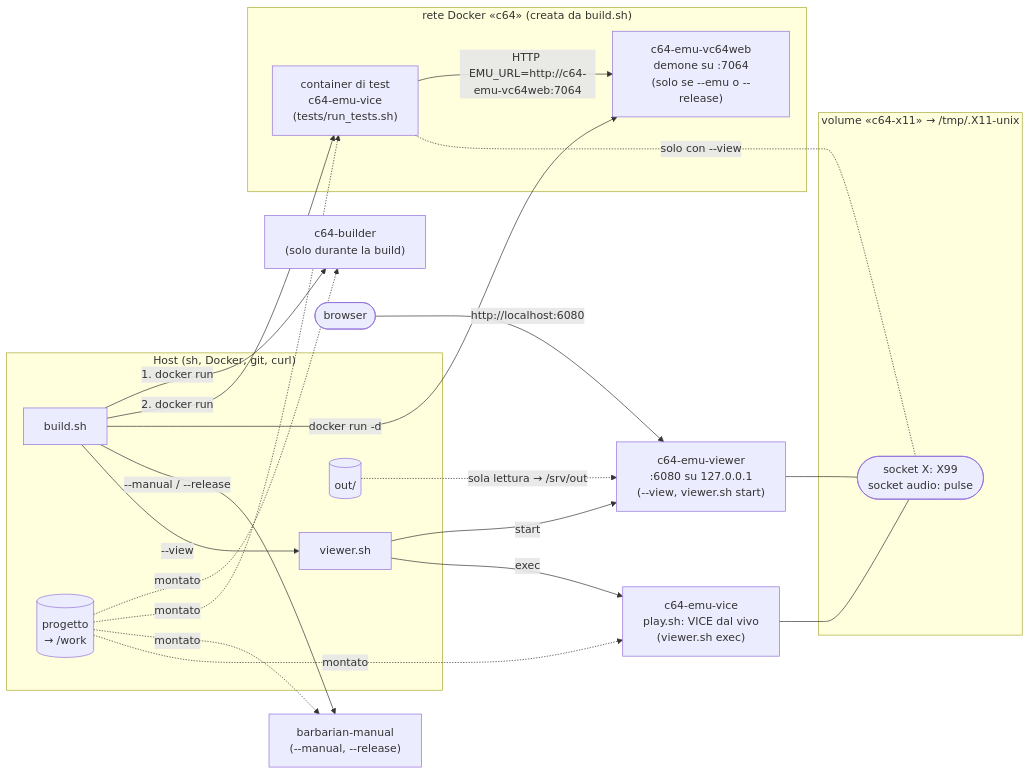
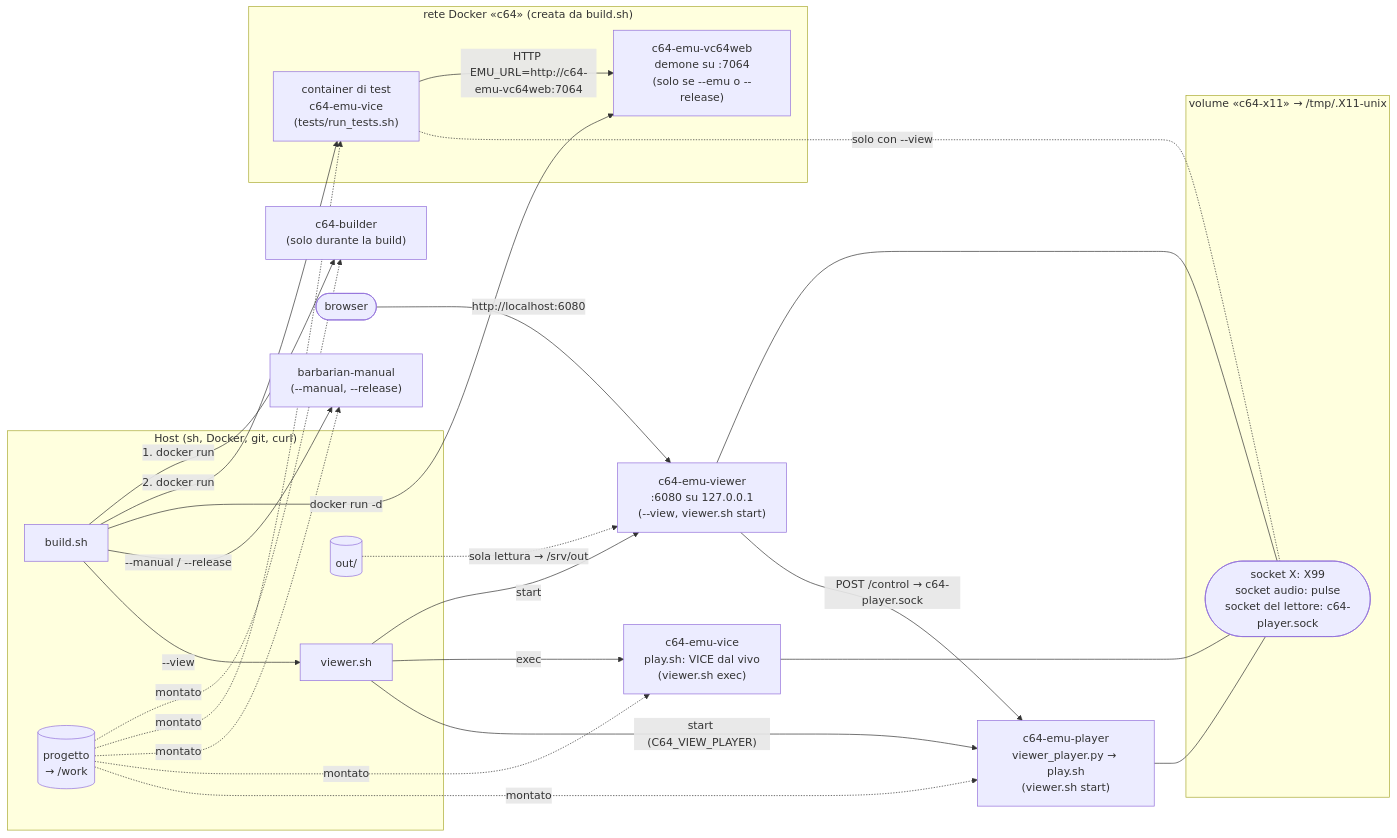
Before and after one commit to caporalesimone/barbarian-the-blood-path: the second of 3 diagrams in docs/docker-architecture.md, drawn with Mermaid. The commit also changed other lines of this file and 19 other files, not shown here.

````diff
--- a/docs/docker-architecture.md
+++ b/docs/docker-architecture.md
@@ -86,46 +88,51 @@
 ```mermaid
 flowchart LR
     subgraph HOST["Host (sh, Docker, git, curl)"]
         BSH["build.sh"]
         VSH["viewer.sh"]
         PROJ[("progetto<br/>→ /work")]
         OUT[("out/")]
     end
 
     subgraph NETC["rete Docker «c64» (creata da build.sh)"]
         TEST["container di test<br/>c64-emu-vice<br/>(tests/run_tests.sh)"]
         VC64["c64-emu-vc64web<br/>demone su :7064<br/>(solo se --emu o --release)"]
     end
 
     BLDC["c64-builder<br/>(solo durante la build)"]
     MANC["barbarian-manual<br/>(--manual, --release)"]
 
     subgraph VOL["volume «c64-x11» → /tmp/.X11-unix"]
-        XSOCK(["socket X: X99<br/>socket audio: pulse"])
+        XSOCK(["socket X: X99<br/>socket audio: pulse<br/>socket del lettore: c64-player.sock"])
     end
 
     VIEW["c64-emu-viewer<br/>:6080 su 127.0.0.1<br/>(--view, viewer.sh start)"]
     PLAY["c64-emu-vice<br/>play.sh: VICE dal vivo<br/>(viewer.sh exec)"]
+    PLR["c64-emu-player<br/>viewer_player.py → play.sh<br/>(viewer.sh start)"]
     BR(["browser"])
 
     BSH -->|"1. docker run"| BLDC
     BSH -->|"2. docker run"| TEST
     BSH -->|"docker run -d"| VC64
     BSH -->|"--manual / --release"| MANC
     BSH -->|"--view"| VSH
     VSH -->|"start"| VIEW
     VSH -->|"exec"| PLAY
+    VSH -->|"start (C64_VIEW_PLAYER)"| PLR
 
     PROJ -. "montato" .-> BLDC
     PROJ -. "montato" .-> TEST
     PROJ -. "montato" .-> MANC
     PROJ -. "montato" .-> PLAY
+    PROJ -. "montato" .-> PLR
     OUT -. "sola lettura → /srv/out" .-> VIEW
 
     TEST -->|"HTTP EMU_URL=http://c64-emu-vc64web:7064"| VC64
 
     VIEW --- XSOCK
     TEST -. "solo con --view" .- XSOCK
     PLAY --- XSOCK
+    PLR --- XSOCK
+    VIEW -->|"POST /control → c64-player.sock"| PLR
     BR -->|"http://localhost:6080"| VIEW
 ```
````
